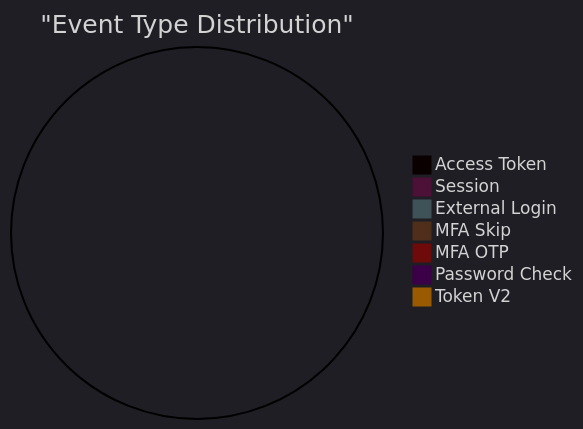
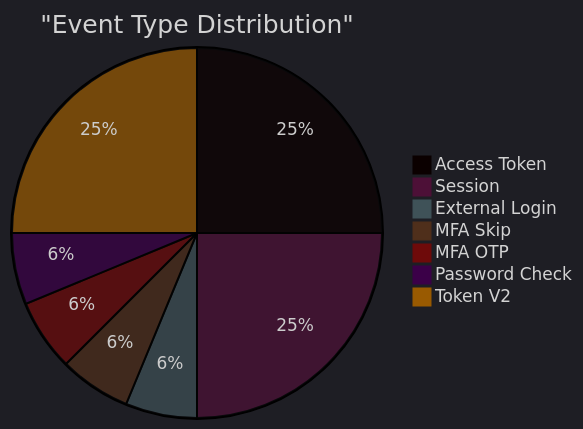
The fourth of 5 diagrams in daily-reports/zitadel_report.md (xlp0/LandingPage), drawn with Mermaid before and after one commit. The commit also changed other lines of this file and 5 other files, not shown here.

First line of the commit message:
Feature: Add ZITADEL Markdown report generation with hourly Mermaid.js visualizations

````diff
--- a/daily-reports/zitadel_report.md
+++ b/daily-reports/zitadel_report.md
@@ -59,11 +59,11 @@
 ```mermaid
 %%{init: {'theme':'dark'}}%%
 pie title "Event Type Distribution"
-    "Access Token" : 0
-    "Session" : 0
-    "External Login" : 0
-    "MFA Skip" : 0
-    "MFA OTP" : 0
-    "Password Check" : 0
-    "Token V2" : 0
+    "Access Token" : 4
+    "Session" : 4
+    "External Login" : 1
+    "MFA Skip" : 1
+    "MFA OTP" : 1
+    "Password Check" : 1
+    "Token V2" : 4
 ```
````
